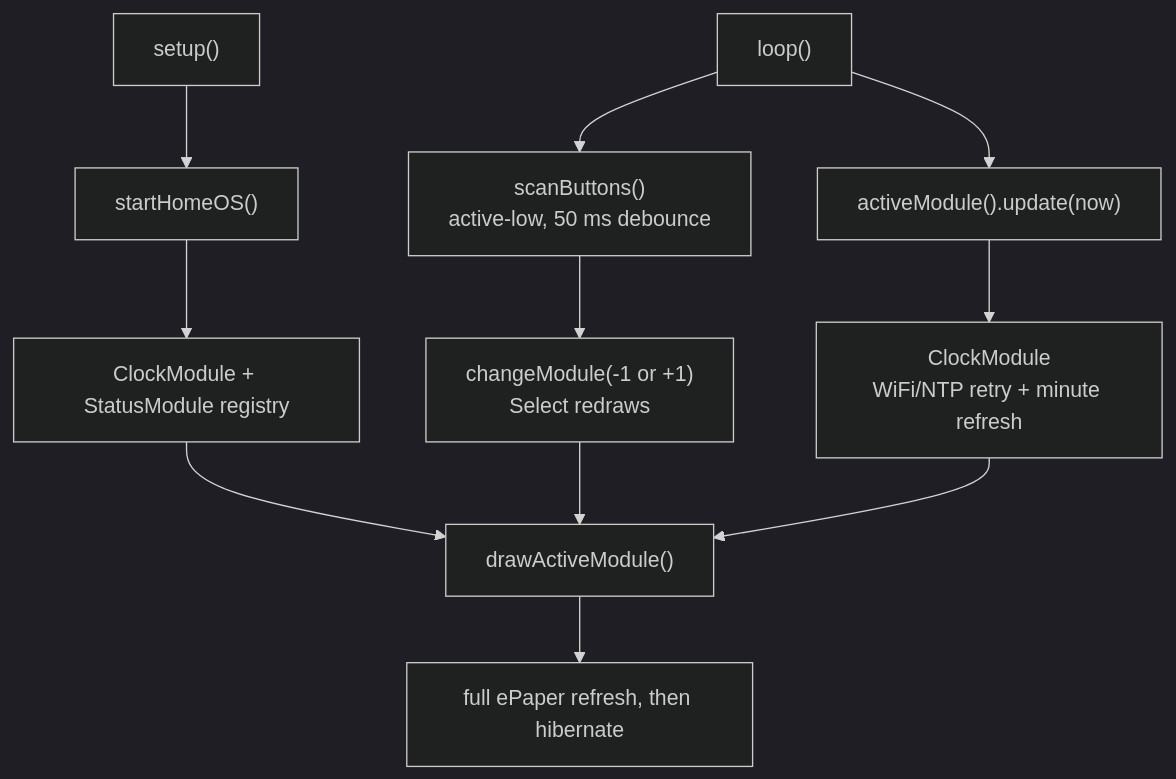
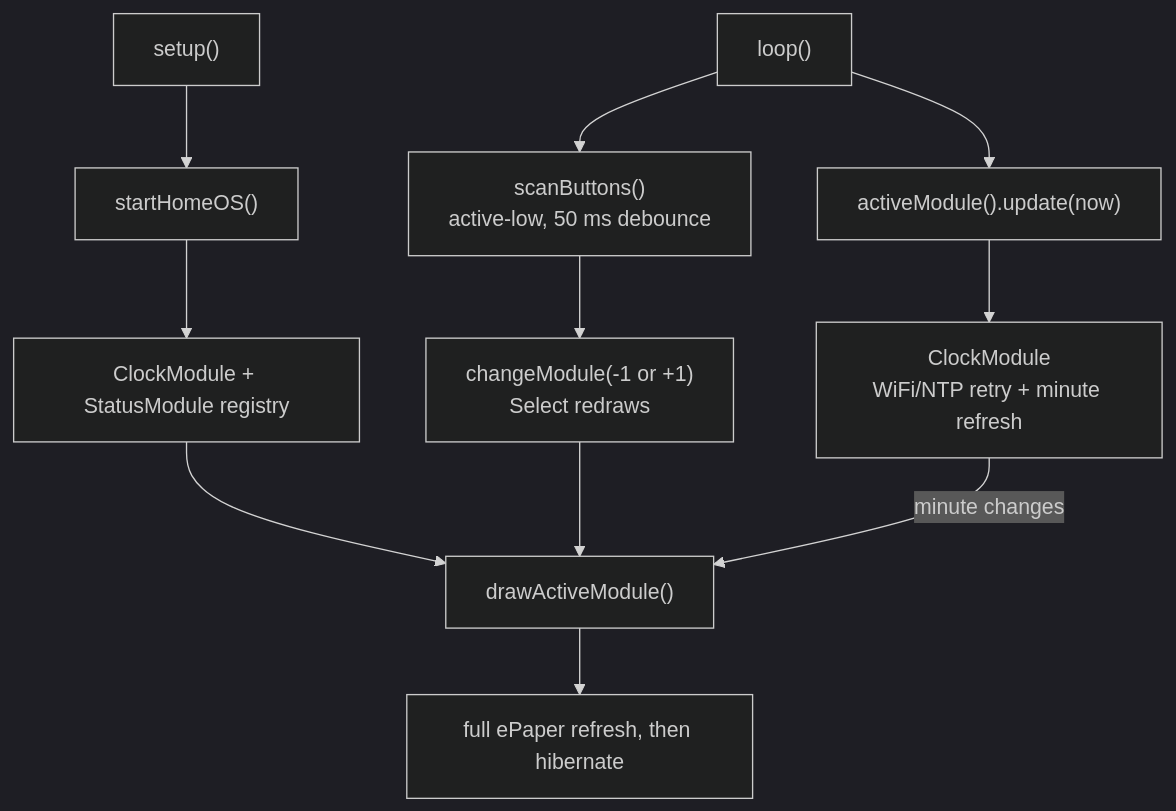
Before and after one commit to ibarot1981/HomeOS: the diagram in docs/Code-Map.md, drawn with Mermaid (dark theme). The commit also changed other lines of this file and 5 other files, not shown here.

Commit message:
Fix Clock minute refresh timing

````diff
--- a/docs/Code-Map.md
+++ b/docs/Code-Map.md
@@ -5,13 +5,13 @@
 ```mermaid
 flowchart TD
   Setup["setup()"] --> Start["startHomeOS()"]
   Start --> Registry["ClockModule + StatusModule registry"]
   Registry --> Draw["drawActiveModule()"]
   Loop["loop()"] --> Buttons["scanButtons()\nactive-low, 50 ms debounce"]
   Buttons --> Navigation["changeModule(-1 or +1)\nSelect redraws"]
   Navigation --> Draw
   Loop --> Update["activeModule().update(now)"]
   Update --> Clock["ClockModule\nWiFi/NTP retry + minute refresh"]
-  Clock --> Draw
+  Clock -->|minute changes| Draw
   Draw --> Display["full ePaper refresh, then hibernate"]
 ```
````
